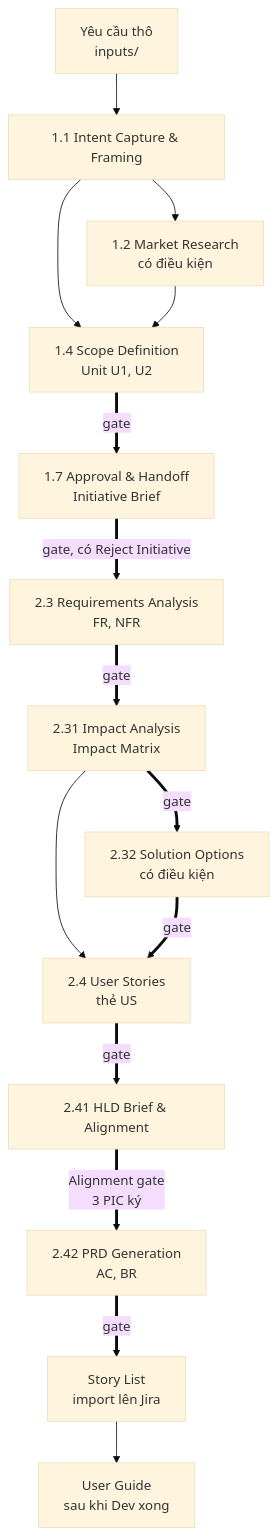
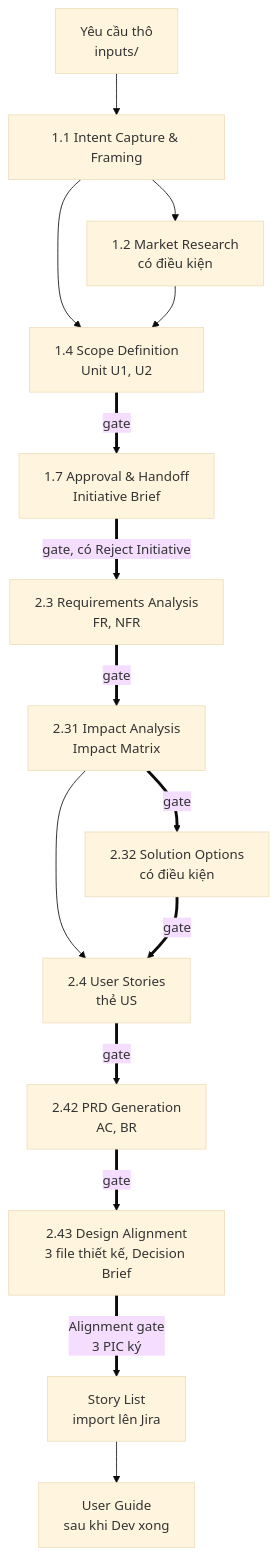
The first of 2 diagrams in README.md (sonhero981/upbase-specs-test), drawn with Mermaid (base theme) before and after one commit. The commit also changed other lines of this file and 64 other files, not shown here.

First line of the commit message:
Luồng 2.43: các team thiết kế từ PRD, chốt trên Decision Brief; bỏ HLD Brief

````diff
--- a/README.md
+++ b/README.md
@@ -75,17 +75,17 @@
 ```mermaid
 flowchart TD
     IN["Yêu cầu thô<br/>inputs/"] --> S11["1.1 Intent Capture & Framing"]
     S11 --> S12["1.2 Market Research<br/>có điều kiện"]
     S11 --> S14["1.4 Scope Definition<br/>Unit U1, U2"]
     S12 --> S14
     S14 ==>|"gate"| S17["1.7 Approval & Handoff<br/>Initiative Brief"]
     S17 ==>|"gate, có Reject Initiative"| S23["2.3 Requirements Analysis<br/>FR, NFR"]
     S23 ==>|"gate"| S231["2.31 Impact Analysis<br/>Impact Matrix"]
     S231 ==>|"gate"| S232["2.32 Solution Options<br/>có điều kiện"]
     S231 --> S24
     S232 ==>|"gate"| S24["2.4 User Stories<br/>thẻ US"]
-    S24 ==>|"gate"| S241["2.41 HLD Brief & Alignment"]
-    S241 ==>|"Alignment gate<br/>3 PIC ký"| S242["2.42 PRD Generation<br/>AC, BR"]
-    S242 ==>|"gate"| ST["Story List<br/>import lên Jira"]
+    S24 ==>|"gate"| S242["2.42 PRD Generation<br/>AC, BR"]
+    S242 ==>|"gate"| S243["2.43 Design Alignment<br/>3 file thiết kế, Decision Brief"]
+    S243 ==>|"Alignment gate<br/>3 PIC ký"| ST["Story List<br/>import lên Jira"]
     ST --> UG["User Guide<br/>sau khi Dev xong"]
 ```
````
